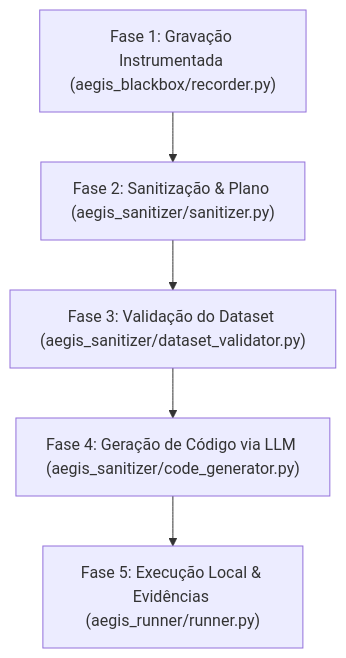
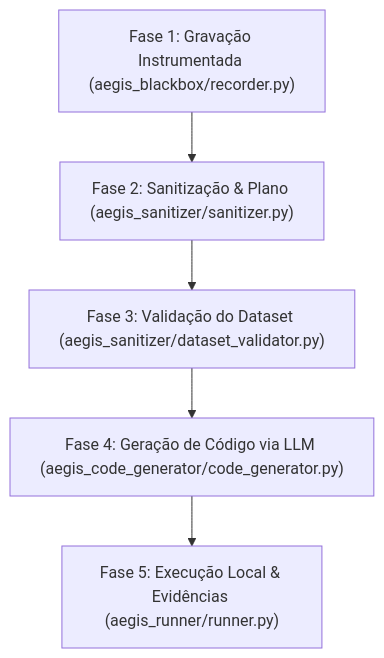
The diagram in docs/aegis_rpa_suite_walkthrough.md (dseto/aegis_rpa_suite), drawn with Mermaid before and after one commit. The commit also changed other lines of this file and 29 other files, not shown here.

First line of the commit message:
refactor: separa aegis_code_generator de aegis_sanitizer em modulo proprio

````diff
--- a/docs/aegis_rpa_suite_walkthrough.md
+++ b/docs/aegis_rpa_suite_walkthrough.md
@@ -11,7 +11,7 @@
 ```mermaid
 graph TD
     A["Fase 1: Gravação Instrumentada (aegis_blackbox/recorder.py)"] --> B["Fase 2: Sanitização & Plano (aegis_sanitizer/sanitizer.py)"]
     B --> C["Fase 3: Validação do Dataset (aegis_sanitizer/dataset_validator.py)"]
-    C --> D["Fase 4: Geração de Código via LLM (aegis_sanitizer/code_generator.py)"]
+    C --> D["Fase 4: Geração de Código via LLM (aegis_code_generator/code_generator.py)"]
     D --> E["Fase 5: Execução Local & Evidências (aegis_runner/runner.py)"]
 ```
````
